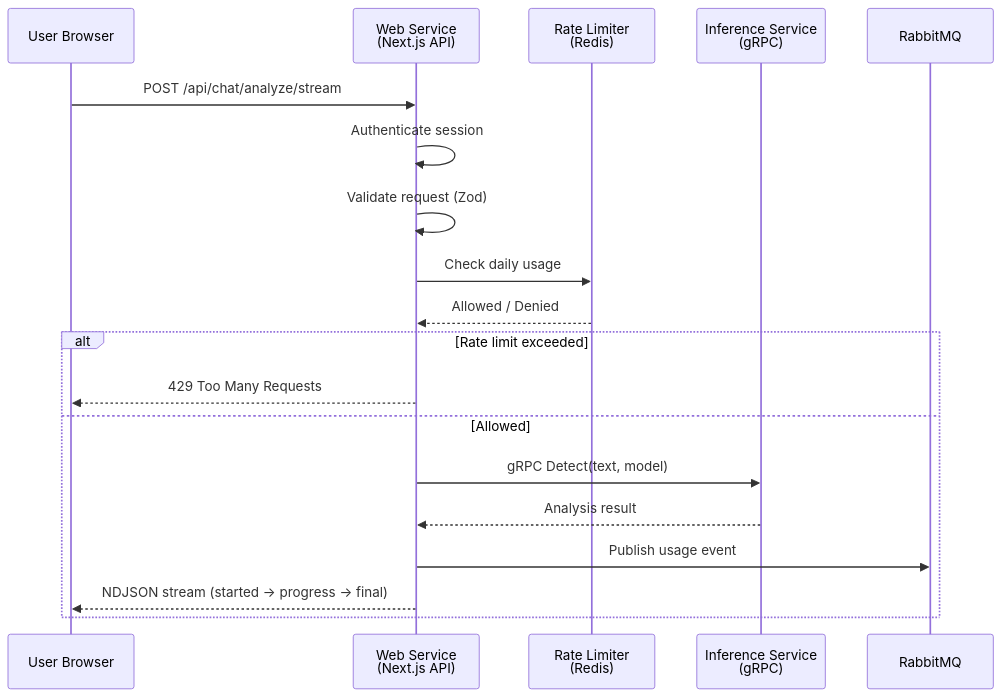
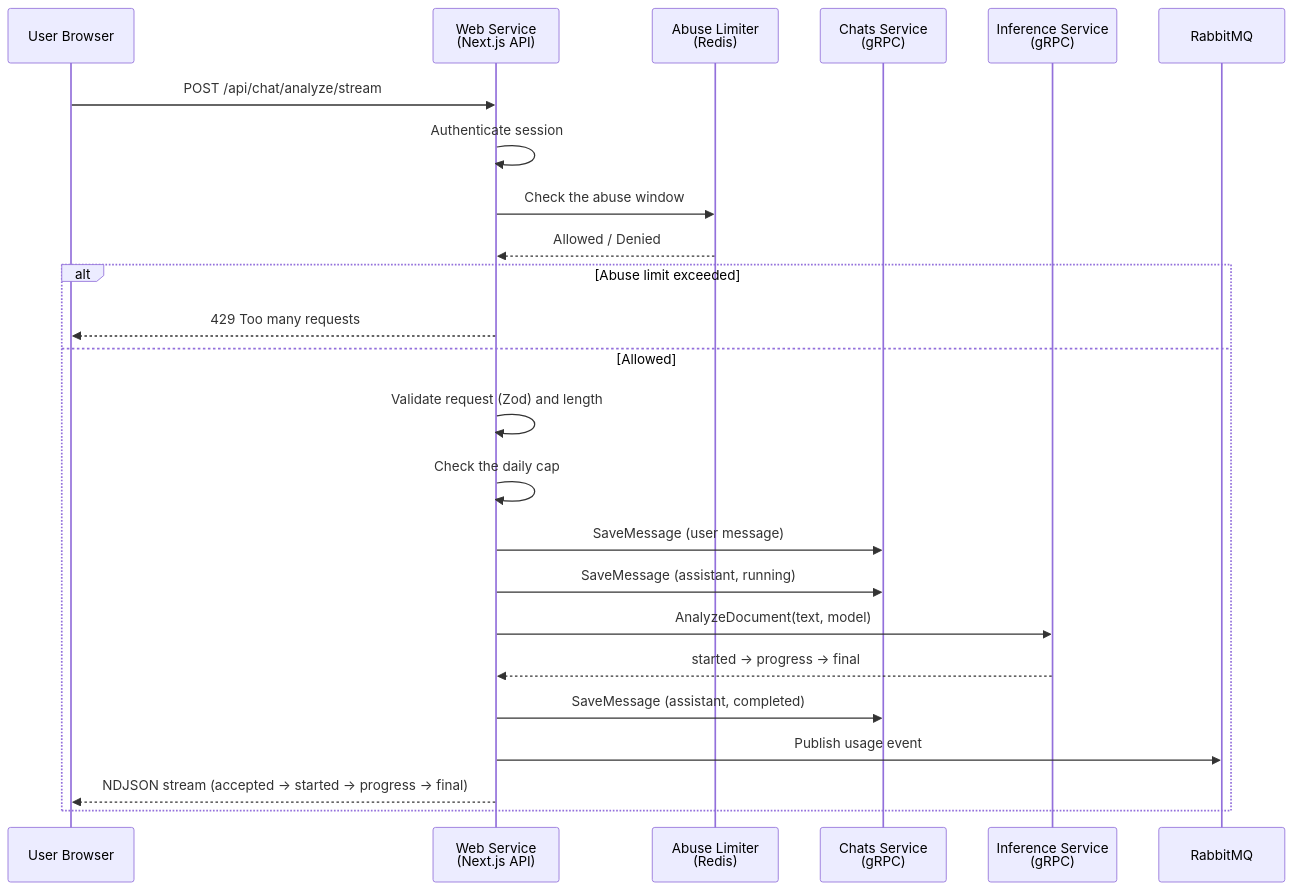
One commit to kunalPisolkar24/detectAI changed the first of 5 diagrams in apps/web/docs/concepts/request-flows.md. Above: the diagram before and after it, drawn with Mermaid. The commit also changed other lines of this file and 13 other files, not shown here.

First line of the commit message:
Bring the web service docs back in sync with the code

````diff
--- a/apps/web/docs/concepts/request-flows.md
+++ b/apps/web/docs/concepts/request-flows.md
@@ -9,23 +9,28 @@
 ```mermaid
 sequenceDiagram
     participant User as User Browser
     participant Web as Web Service<br/>(Next.js API)
-    participant RateLimit as Rate Limiter<br/>(Redis)
+    participant Abuse as Abuse Limiter<br/>(Redis)
+    participant ChatSvc as Chats Service<br/>(gRPC)
     participant Inference as Inference Service<br/>(gRPC)
     participant Queue as RabbitMQ
 
     User->>Web: POST /api/chat/analyze/stream
     Web->>Web: Authenticate session
-    Web->>Web: Validate request (Zod)
-    Web->>RateLimit: Check daily usage
-    RateLimit-->>Web: Allowed / Denied
+    Web->>Abuse: Check the abuse window
+    Abuse-->>Web: Allowed / Denied
 
-    alt Rate limit exceeded
-        Web-->>User: 429 Too Many Requests
+    alt Abuse limit exceeded
+        Web-->>User: 429 Too many requests
     else Allowed
-        Web->>Inference: gRPC Detect(text, model)
-        Inference-->>Web: Analysis result
+        Web->>Web: Validate request (Zod) and length
+        Web->>Web: Check the daily cap
+        Web->>ChatSvc: SaveMessage (user message)
+        Web->>ChatSvc: SaveMessage (assistant, running)
+        Web->>Inference: AnalyzeDocument(text, model)
+        Inference-->>Web: started → progress → final
+        Web->>ChatSvc: SaveMessage (assistant, completed)
         Web->>Queue: Publish usage event
-        Web-->>User: NDJSON stream (started → progress → final)
+        Web-->>User: NDJSON stream (accepted → started → progress → final)
     end
 ```
````
